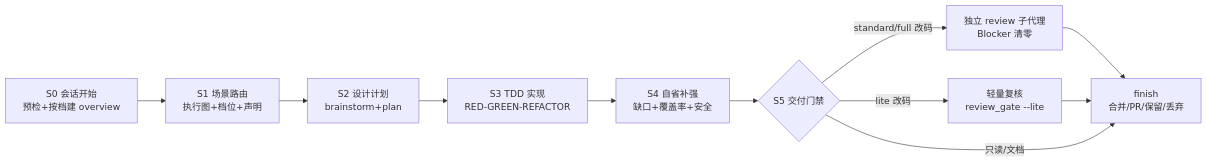
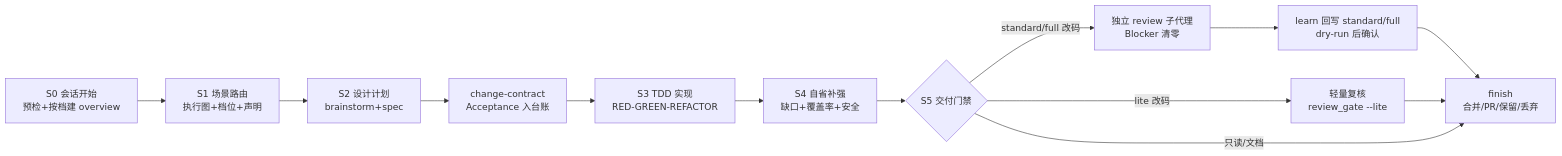
One commit to sao-lang/skills changed the diagram in README.md. Above: the diagram before and after it, drawn with Mermaid. The commit also changed other lines of this file and 91 other files, not shown here.

````diff
--- a/README.md
+++ b/README.md
@@ -37,13 +38,15 @@
 ```mermaid
 flowchart LR
     A[S0 会话开始<br/>预检+按档建 overview] --> B[S1 场景路由<br/>执行图+档位+声明]
-    B --> C[S2 设计计划<br/>brainstorm+plan]
-    C --> D[S3 TDD 实现<br/>RED-GREEN-REFACTOR]
+    B --> C[S2 设计计划<br/>brainstorm+spec]
+    C --> C2[change-contract<br/>Acceptance 入台账]
+    C2 --> D[S3 TDD 实现<br/>RED-GREEN-REFACTOR]
     D --> E[S4 自省补强<br/>缺口+覆盖率+安全]
     E --> F{S5 交付门禁}
     F -->|standard/full 改码| G[独立 review 子代理<br/>Blocker 清零]
     F -->|lite 改码| L[轻量复核<br/>review_gate --lite]
-    G --> H[finish<br/>合并/PR/保留/丢弃]
+    G --> LE[learn 回写 standard/full<br/>dry-run 后确认]
+    LE --> H[finish<br/>合并/PR/保留/丢弃]
     L --> H
     F -->|只读/文档| H
 ```
````
